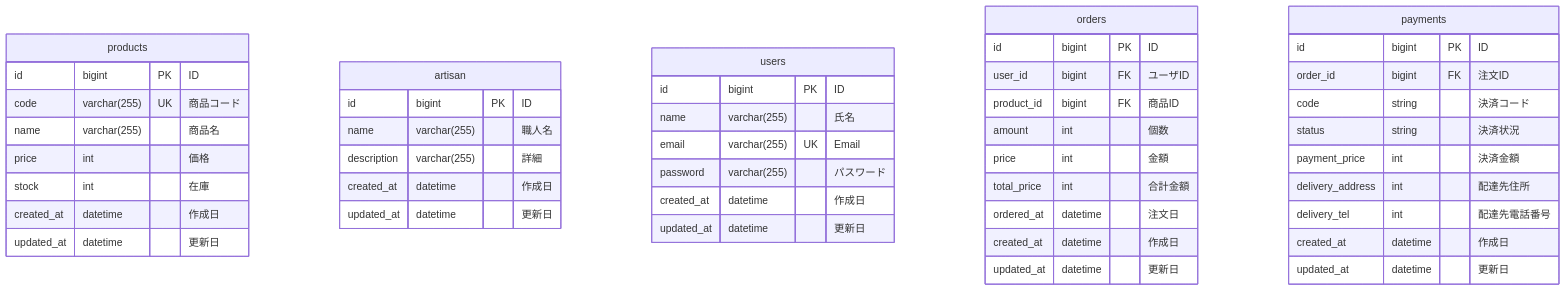
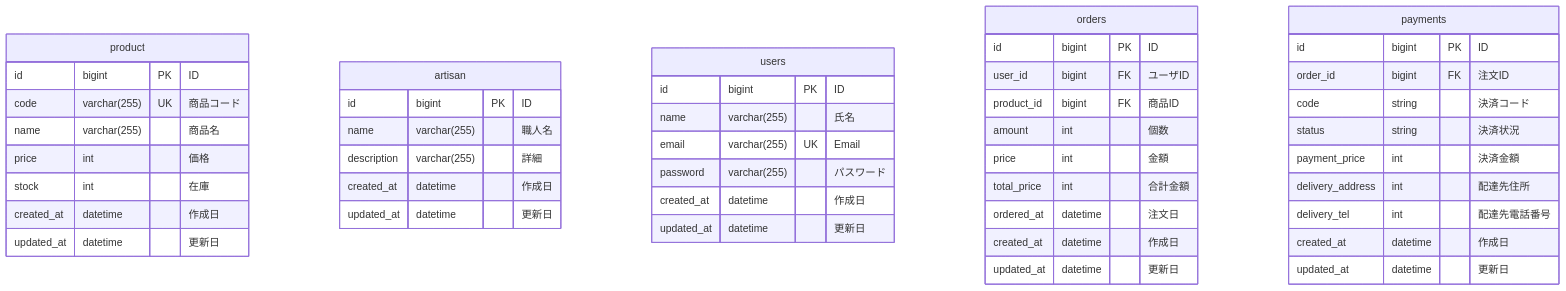
One commit to yse-yoo/craft_shop changed the diagram in docs/er_diagram.md. Above: the diagram before and after it, drawn with Mermaid. The commit also changed 21 other files, not shown here.

````diff
--- a/docs/er_diagram.md
+++ b/docs/er_diagram.md
@@ -1,49 +1,49 @@
 ```mermaid
 erDiagram
-    products {
+    product {
         id bigint PK "ID"
         code varchar(255) UK "商品コード"
         name varchar(255) "商品名"
         price int "価格"
         stock int "在庫"
         created_at datetime "作成日"
         updated_at datetime "更新日"
     }
     artisan {
         id bigint PK "ID"
         name varchar(255) "職人名"
         description varchar(255) "詳細"
         created_at datetime "作成日"
         updated_at datetime "更新日"
     }
     users {
         id bigint PK "ID"
         name varchar(255) "氏名"
         email varchar(255) UK "Email"
         password varchar(255) "パスワード"
         created_at datetime "作成日"
         updated_at datetime "更新日"
     }
     orders {
         id bigint PK "ID"
         user_id bigint FK "ユーザID"
         product_id bigint FK "商品ID"
         amount int "個数"
         price int "金額"
         total_price int "合計金額"
         ordered_at datetime "注文日"
         created_at datetime "作成日"
         updated_at datetime "更新日"
     }
     payments {
         id bigint PK "ID"
         order_id bigint FK "注文ID"
         code string "決済コード"
         status string "決済状況"
         payment_price int "決済金額"
         delivery_address int "配達先住所"
         delivery_tel int "配達先電話番号"
         created_at datetime "作成日"
         updated_at datetime "更新日"
     }
 ```
````
